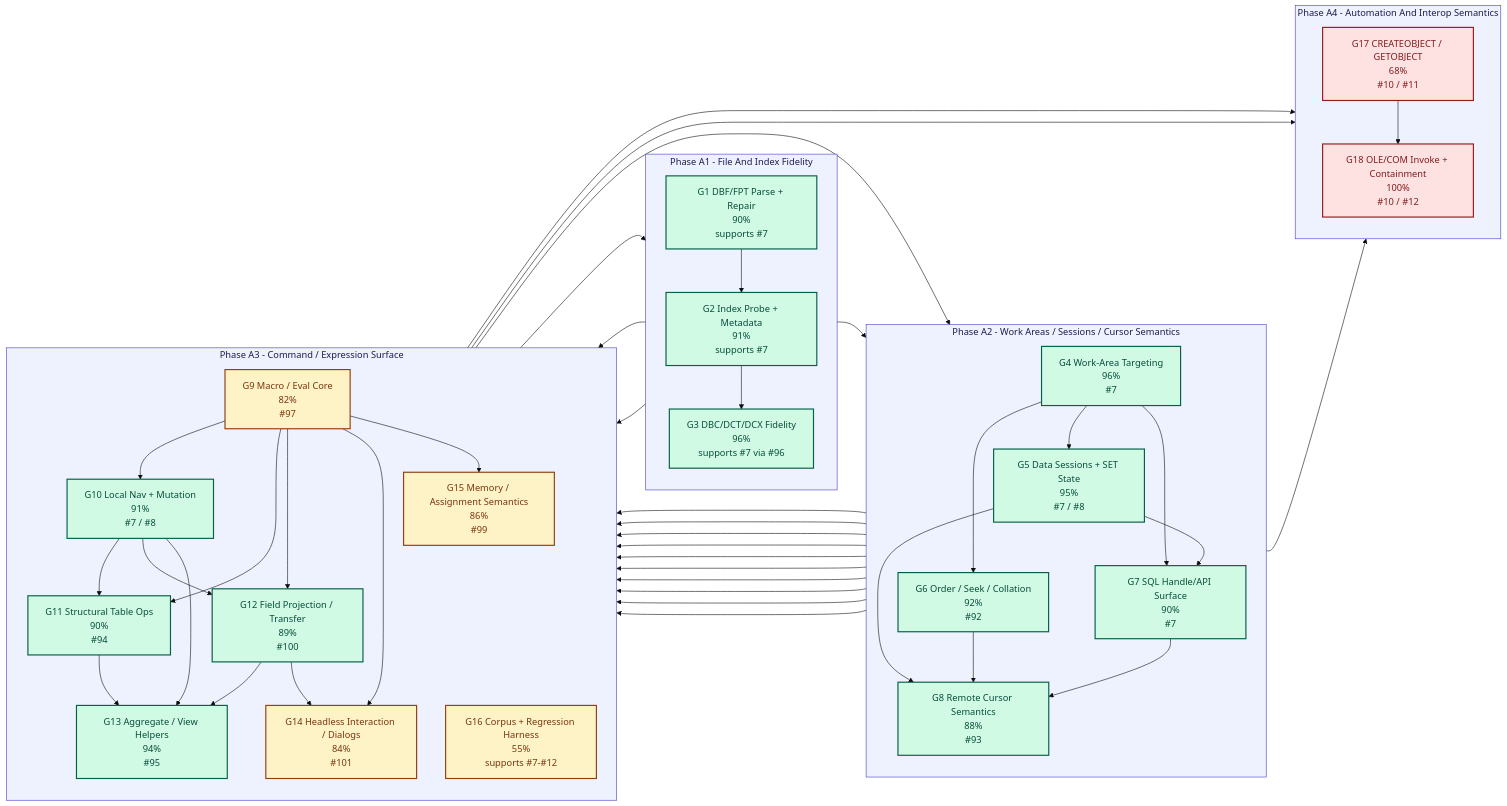
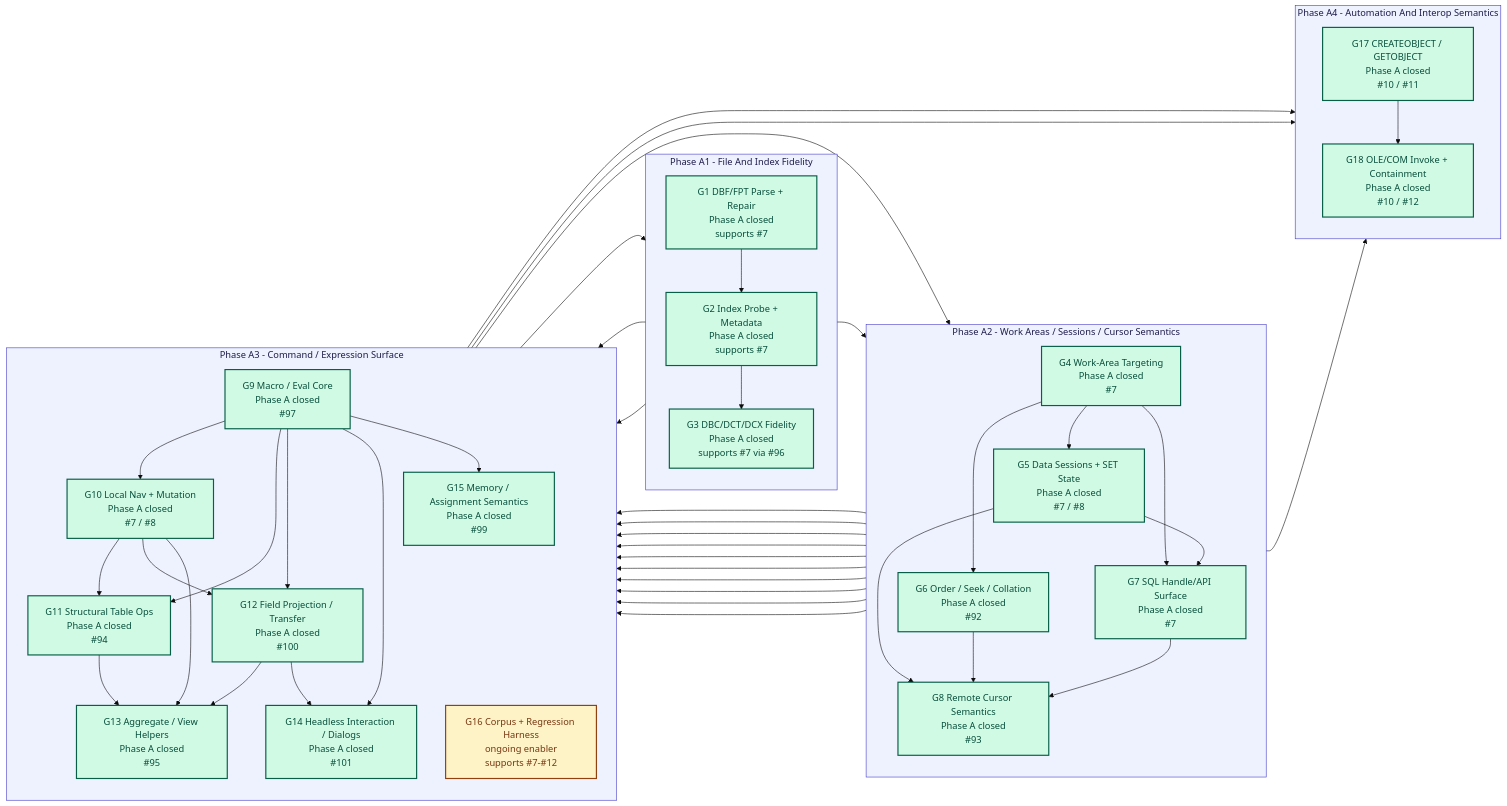
One commit to rhamenator/Project-Copperfin changed the first of 3 diagrams in docs/23-phase-a-dependency-breakdown.md. Above: the diagram before and after it, drawn with Mermaid (base theme). The commit also changed other lines of this file and 13 other files, not shown here.

````diff
--- a/docs/23-phase-a-dependency-breakdown.md
+++ b/docs/23-phase-a-dependency-breakdown.md
@@ -96,36 +96,36 @@
 
     subgraph A1[Phase A1 - File And Index Fidelity]
         direction TB
-        G1["G1 DBF/FPT Parse + Repair<br/>90%<br/>supports #7"]
-        G2["G2 Index Probe + Metadata<br/>91%<br/>supports #7"]
-        G3["G3 DBC/DCT/DCX Fidelity<br/>96%<br/>supports #7 via #96"]
+        G1["G1 DBF/FPT Parse + Repair<br/>Phase A closed<br/>supports #7"]
+        G2["G2 Index Probe + Metadata<br/>Phase A closed<br/>supports #7"]
+        G3["G3 DBC/DCT/DCX Fidelity<br/>Phase A closed<br/>supports #7 via #96"]
     end
 
     subgraph A2[Phase A2 - Work Areas / Sessions / Cursor Semantics]
         direction TB
-        G4["G4 Work-Area Targeting<br/>96%<br/>#7"]
-        G5["G5 Data Sessions + SET State<br/>95%<br/>#7 / #8"]
-        G6["G6 Order / Seek / Collation<br/>92%<br/>#92"]
-        G7["G7 SQL Handle/API Surface<br/>90%<br/>#7"]
-        G8["G8 Remote Cursor Semantics<br/>88%<br/>#93"]
+        G4["G4 Work-Area Targeting<br/>Phase A closed<br/>#7"]
+        G5["G5 Data Sessions + SET State<br/>Phase A closed<br/>#7 / #8"]
+        G6["G6 Order / Seek / Collation<br/>Phase A closed<br/>#92"]
+        G7["G7 SQL Handle/API Surface<br/>Phase A closed<br/>#7"]
+        G8["G8 Remote Cursor Semantics<br/>Phase A closed<br/>#93"]
     end
 
     subgraph A3[Phase A3 - Command / Expression Surface]
         direction TB
-        G9["G9 Macro / Eval Core<br/>82%<br/>#97"]
-        G10["G10 Local Nav + Mutation<br/>91%<br/>#7 / #8"]
-        G11["G11 Structural Table Ops<br/>90%<br/>#94"]
-        G12["G12 Field Projection / Transfer<br/>89%<br/>#100"]
-        G13["G13 Aggregate / View Helpers<br/>94%<br/>#95"]
-        G14["G14 Headless Interaction / Dialogs<br/>84%<br/>#101"]
-        G15["G15 Memory / Assignment Semantics<br/>86%<br/>#99"]
-        G16["G16 Corpus + Regression Harness<br/>55%<br/>supports #7-#12"]
+        G9["G9 Macro / Eval Core<br/>Phase A closed<br/>#97"]
+        G10["G10 Local Nav + Mutation<br/>Phase A closed<br/>#7 / #8"]
+        G11["G11 Structural Table Ops<br/>Phase A closed<br/>#94"]
+        G12["G12 Field Projection / Transfer<br/>Phase A closed<br/>#100"]
+        G13["G13 Aggregate / View Helpers<br/>Phase A closed<br/>#95"]
+        G14["G14 Headless Interaction / Dialogs<br/>Phase A closed<br/>#101"]
+        G15["G15 Memory / Assignment Semantics<br/>Phase A closed<br/>#99"]
+        G16["G16 Corpus + Regression Harness<br/>ongoing enabler<br/>supports #7-#12"]
     end
 
     subgraph A4[Phase A4 - Automation And Interop Semantics]
         direction TB
-        G17["G17 CREATEOBJECT / GETOBJECT<br/>68%<br/>#10 / #11"]
-        G18["G18 OLE/COM Invoke + Containment<br/>100%<br/>#10 / #12"]
+        G17["G17 CREATEOBJECT / GETOBJECT<br/>Phase A closed<br/>#10 / #11"]
+        G18["G18 OLE/COM Invoke + Containment<br/>Phase A closed<br/>#10 / #12"]
     end
 
     G16 --> G1
@@ -176,8 +176,7 @@
     G15 --> G17
     G17 --> G18
 
-    class G1,G2,G3,G4,G5,G6,G7,G8,G10,G11,G12,G13 green;
-    class G9,G14,G15,G16 amber;
-    class G17,G18 red;
+    class G1,G2,G3,G4,G5,G6,G7,G8,G9,G10,G11,G12,G13,G14,G15,G17,G18 green;
+    class G16 amber;
     class A1,A2,A3,A4 lane;
 ```
````
